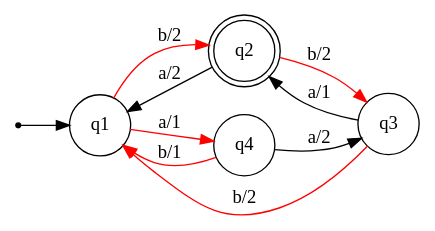
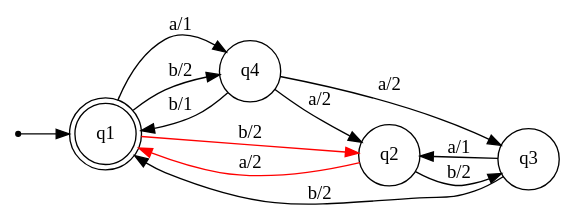
One commit to zenAndroid/oracle-extract changed the diagram in input.dot. Above: the diagram before and after it, drawn with Graphviz. The commit also changed 1 other file, not shown here.

```diff
--- a/input.dot
+++ b/input.dot
@@ -1,15 +1,17 @@
 digraph Automaton {
     node [shape=point] INIT;
-    q2 [shape="doublecircle"];
+    q1 [shape="doublecircle"];
     node [shape=circle];
     rankdir = LR;
     INIT -> q1;
     q1 -> q2 [label="b/2", color=red];
-    q1 -> q4 [label="a/1", color=red];
-    q2 -> q1 [label="a/2"];
-    q2 -> q3 [label="b/2", color=red];
+    q1 -> q4 [label="a/1"];
+    q1 -> q4 [label="b/2"];
+    q2 -> q1 [label="a/2", color=red];
+    q2 -> q3 [label="b/2"];
     q3 -> q2 [label="a/1"];
-    q3 -> q1 [label="b/2", color=red];
-    q4 -> q1 [label="b/1", color=red];
+    q3 -> q1 [label="b/2"];
+    q4 -> q1 [label="b/1"];
     q4 -> q3 [label="a/2"];
+    q4 -> q2 [label="a/2"];
 }
```
